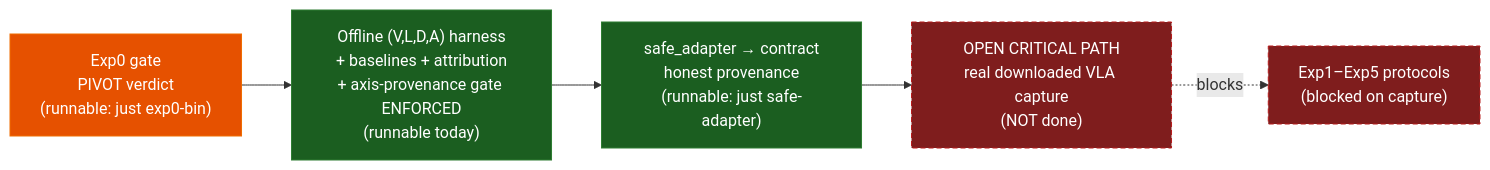
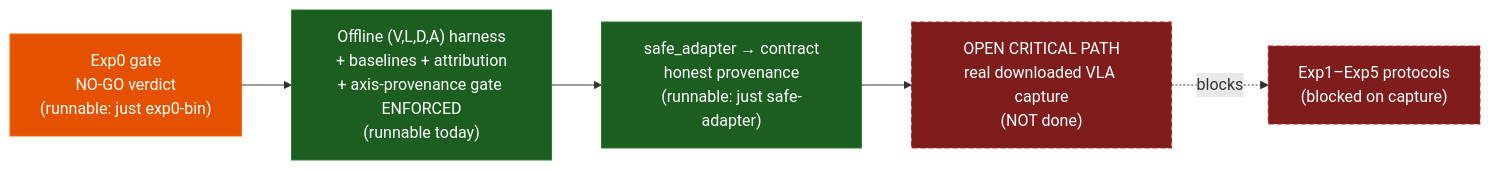
One commit to sepahead/prisoma changed the diagram in README.md. Above: the diagram before and after it, drawn with Mermaid. The commit also changed other lines of this file and 10 other files, not shown here.

````diff
--- a/README.md
+++ b/README.md
@@ -54,17 +59,17 @@
 ```mermaid
 flowchart LR
     classDef run fill:#1b5e20,stroke:#2e7d32,color:#fff;
     classDef gate fill:#e65100,stroke:#ef6c00,color:#fff;
     classDef blocked fill:#7f1d1d,stroke:#b71c1c,color:#fff,stroke-dasharray:5 3;
 
-    Exp0["Exp0 gate<br/>PIVOT verdict<br/>(runnable: just exp0-bin)"]:::gate
+    Exp0["Exp0 gate<br/>NO-GO verdict<br/>(runnable: just exp0-bin)"]:::gate
     Harness["Offline (V,L,D,A) harness<br/>+ baselines + attribution<br/>+ axis-provenance gate ENFORCED<br/>(runnable today)"]:::run
     Adapter["safe_adapter → contract<br/>honest provenance<br/>(runnable: just safe-adapter)"]:::run
     Capture["OPEN CRITICAL PATH<br/>real downloaded VLA capture<br/>(NOT done)"]:::blocked
     Exps["Exp1–Exp5 protocols<br/>(blocked on capture)"]:::blocked
 
     Exp0 --> Harness
     Harness --> Adapter
     Adapter --> Capture
     Capture -. blocks .-> Exps
 ```
````
